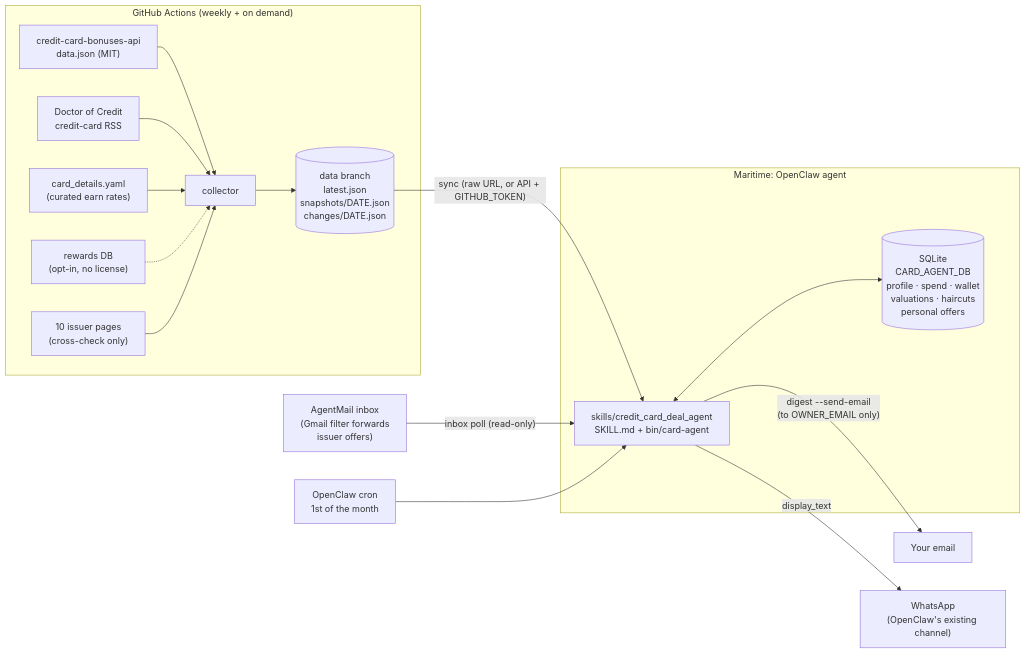
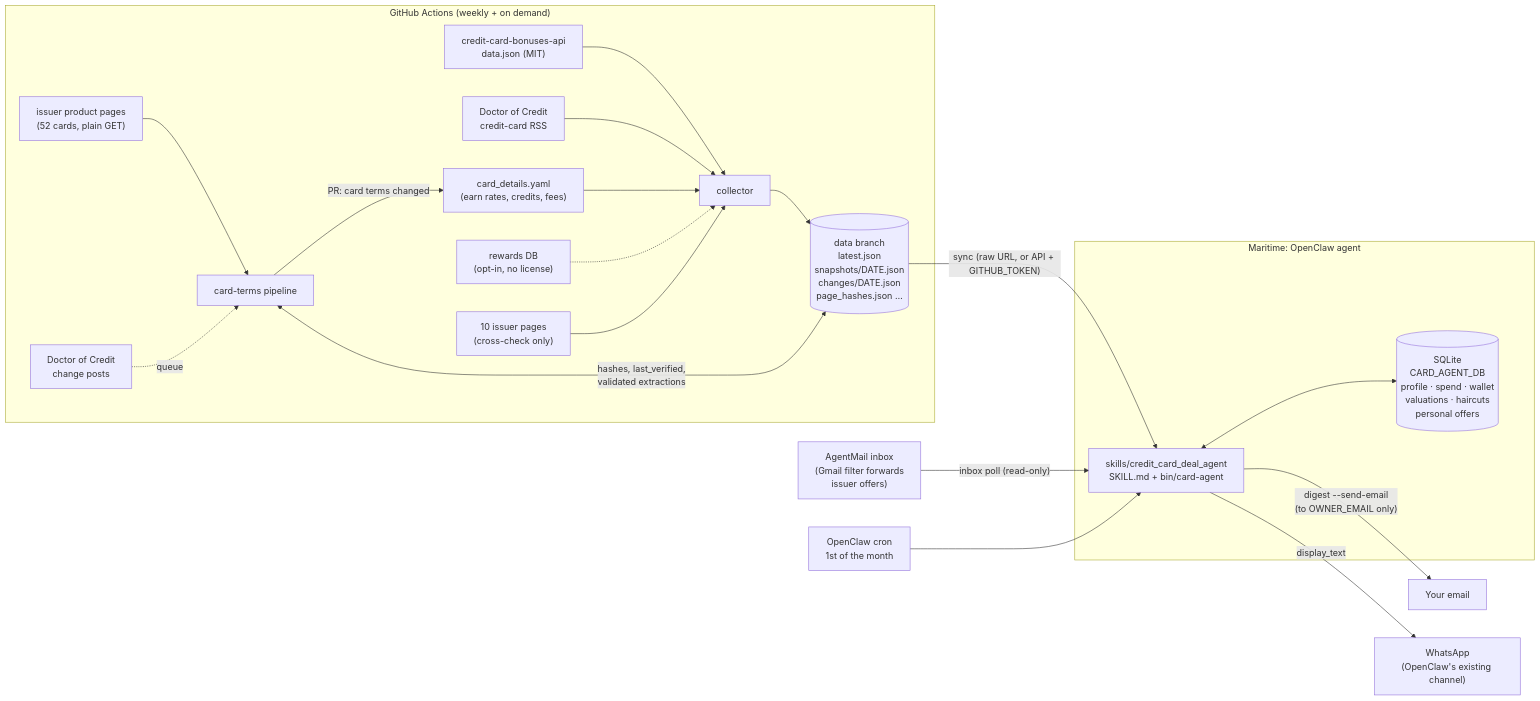
One commit to KevinChunye/credit_card_deal_agent changed the diagram in docs/ARCHITECTURE.md. Above: the diagram before and after it, drawn with Mermaid. The commit also changed other lines of this file and 4 other files, not shown here.

First line of the commit message:
Document the card-terms pipeline

````diff
--- a/docs/ARCHITECTURE.md
+++ b/docs/ARCHITECTURE.md
@@ -7,21 +9,25 @@
 ```mermaid
 flowchart LR
     subgraph GH["GitHub Actions (weekly + on demand)"]
         A1["credit-card-bonuses-api<br/>data.json (MIT)"] --> C[collector]
         A2["Doctor of Credit<br/>credit-card RSS"] --> C
-        A3["card_details.yaml<br/>(curated earn rates)"] --> C
+        A3["card_details.yaml<br/>(earn rates, credits, fees)"] --> C
         A4["rewards DB<br/>(opt-in, no license)"] -.-> C
         A5["10 issuer pages<br/>(cross-check only)"] --> C
-        C --> D[("data branch<br/>latest.json<br/>snapshots/DATE.json<br/>changes/DATE.json")]
+        C --> D[("data branch<br/>latest.json<br/>snapshots/DATE.json<br/>changes/DATE.json<br/>page_hashes.json …")]
+        P["issuer product pages<br/>(52 cards, plain GET)"] --> T[card-terms pipeline]
+        R["Doctor of Credit<br/>change posts"] -.->|queue| T
+        T <-->|"hashes, last_verified,<br/>validated extractions"| D
+        T -->|"PR: card terms changed"| A3
     end
     subgraph M["Maritime: OpenClaw agent"]
         S["skills/credit_card_deal_agent<br/>SKILL.md + bin/card-agent"]
         DB[("SQLite<br/>CARD_AGENT_DB<br/>profile · spend · wallet<br/>valuations · haircuts<br/>personal offers")]
         S <--> DB
     end
     D -- "sync (raw URL, or API + GITHUB_TOKEN)" --> S
     IN["AgentMail inbox<br/>(Gmail filter forwards<br/>issuer offers)"] -- "inbox poll (read-only)" --> S
     S -- "digest --send-email<br/>(to OWNER_EMAIL only)" --> EM["Your email"]
     S -- "display_text" --> WA["WhatsApp<br/>(OpenClaw's existing channel)"]
     CRON["OpenClaw cron<br/>1st of the month"] --> S
 ```
````
